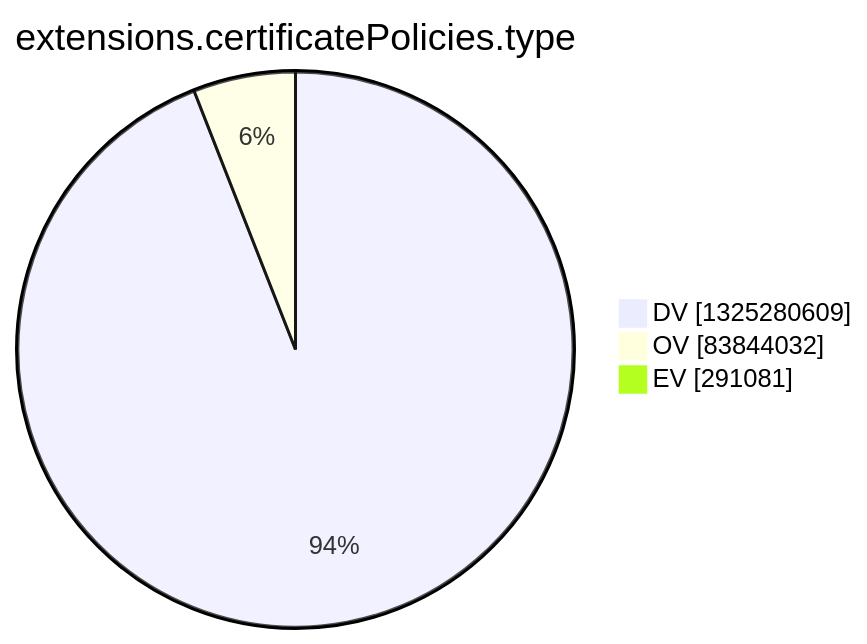
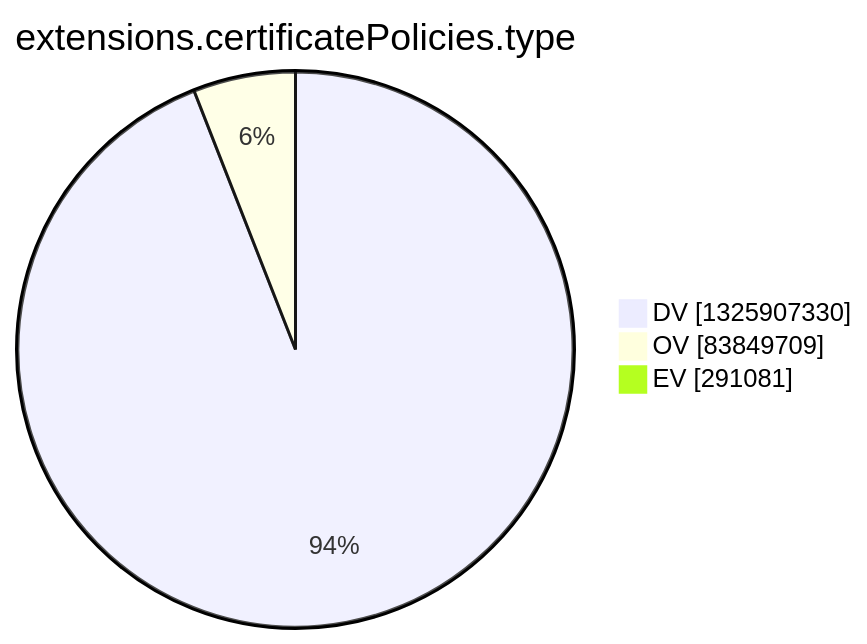
The tenth of 15 diagrams in argon2022/README.md (christiankrug/ctmonitor_visualization), drawn with Mermaid before and after one commit. The commit also changed other lines of this file, not shown here.

````diff
--- a/argon2022/README.md
+++ b/argon2022/README.md
@@ -2772,7 +2772,7 @@
 ```mermaid
 pie showData
 title extensions.certificatePolicies.type
-"DV" :1325280609
-"OV" :83844032
+"DV" :1325907330
+"OV" :83849709
 "EV" :291081
 ```
````
